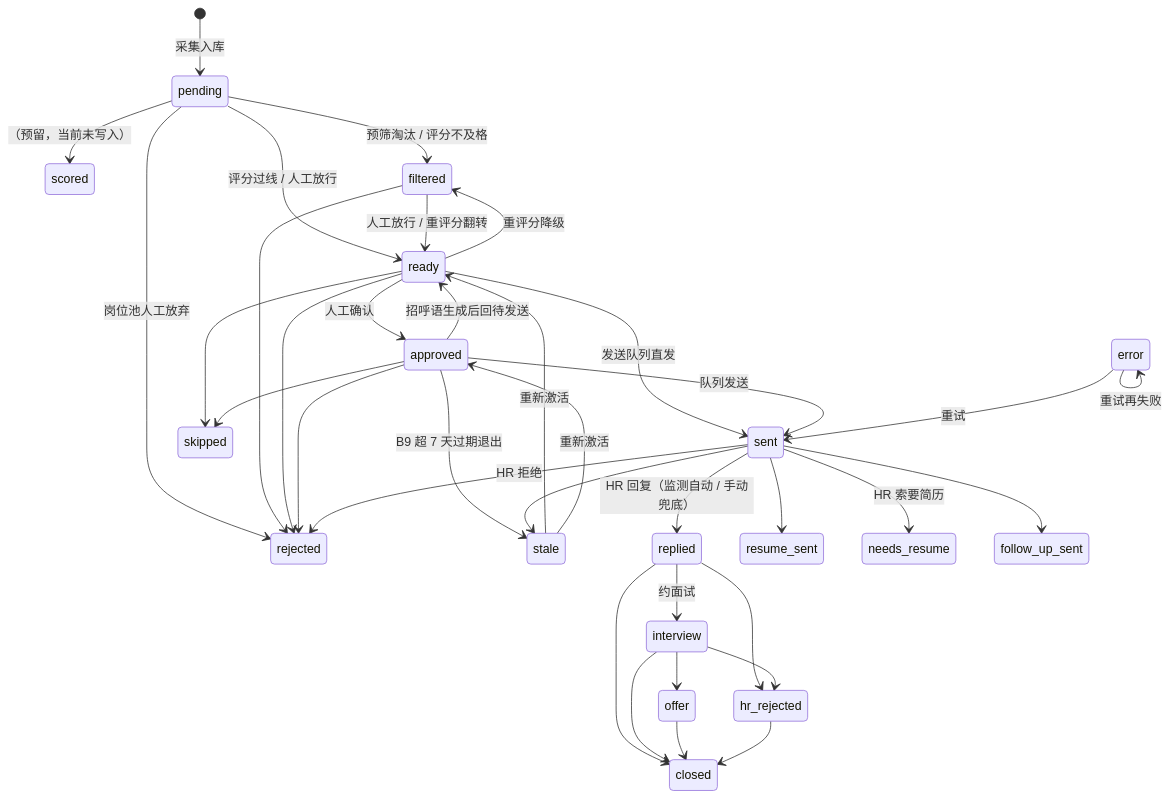
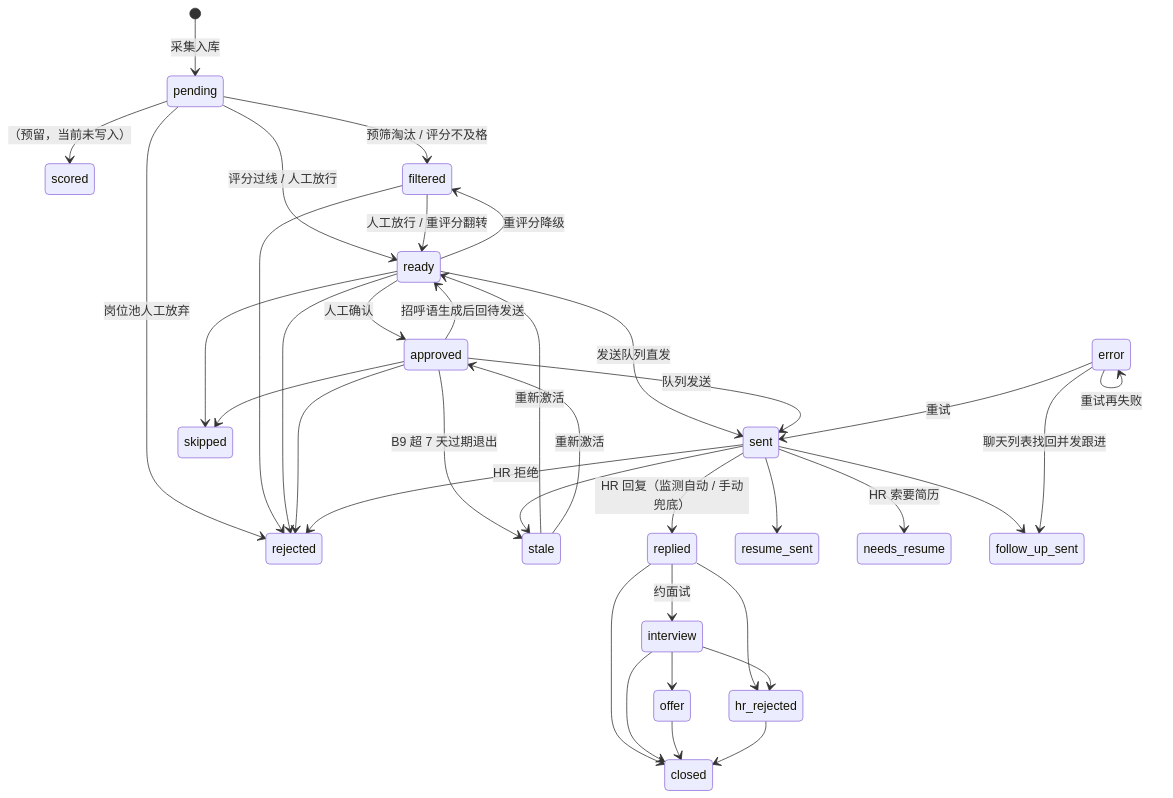
Before and after one commit to Batianxieshen1/OpenJob: the diagram in docs/state-machine.md, drawn with Mermaid. The commit also changed 3 other files, not shown here.

First line of the commit message:
feat(follow-up): 跟进找回已沟通岗位——error 状态接入跟进链路

````diff
--- a/docs/state-machine.md
+++ b/docs/state-machine.md
@@ -6,38 +6,39 @@
 ```mermaid
 stateDiagram-v2
     [*] --> pending : 采集入库
     pending --> scored : （预留，当前未写入）
     pending --> filtered : 预筛淘汰 / 评分不及格
     pending --> ready : 评分过线 / 人工放行
     pending --> rejected : 岗位池人工放弃
     filtered --> ready : 人工放行 / 重评分翻转
     filtered --> rejected
     ready --> approved : 人工确认
     ready --> sent : 发送队列直发
     ready --> filtered : 重评分降级
     ready --> rejected
     ready --> skipped
     approved --> sent : 队列发送
     approved --> ready : 招呼语生成后回待发送
     approved --> stale : B9 超 7 天过期退出
     approved --> rejected
     approved --> skipped
     stale --> ready : 重新激活
     stale --> approved : 重新激活
     sent --> replied : HR 回复（监测自动 / 手动兜底）
     sent --> resume_sent
     sent --> needs_resume : HR 索要简历
     sent --> follow_up_sent
     sent --> rejected : HR 拒绝
     sent --> stale
     replied --> interview : 约面试
     replied --> hr_rejected
     replied --> closed
     interview --> offer
     interview --> hr_rejected
     interview --> closed
     offer --> closed
     hr_rejected --> closed
     error --> sent : 重试
+    error --> follow_up_sent : 聊天列表找回并发跟进
     error --> error : 重试再失败
 ```
````
